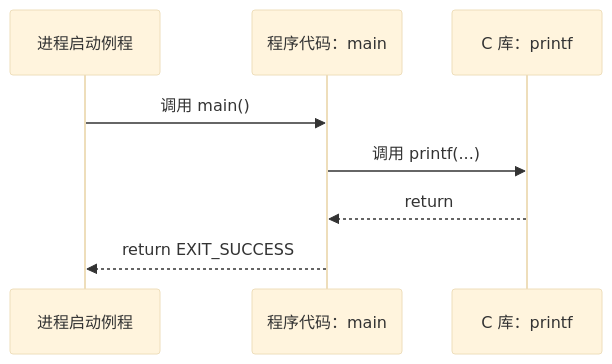
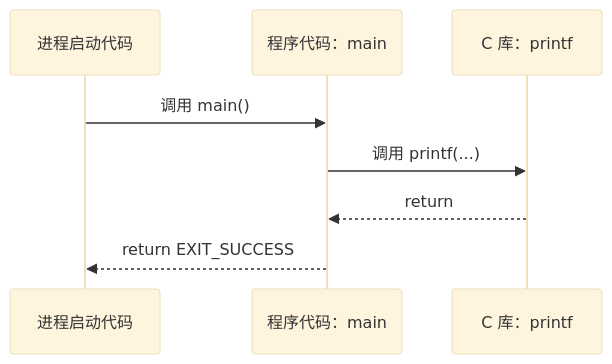
One commit to Mdr-C-Tutorial/C changed the diagram in docs/教程/ModernC/02_程序的基本结构.md. Above: the diagram before and after it, drawn with Mermaid (base theme). The commit also changed other lines of this file and 19 other files, not shown here.

````diff
--- a/docs/教程/ModernC/02_程序的基本结构.md
+++ b/docs/教程/ModernC/02_程序的基本结构.md
@@ -300,10 +300,10 @@
 ```mermaid
 sequenceDiagram
-    participant S as 进程启动例程
+    participant S as 进程启动代码
     participant M as 程序代码：main
     participant P as C 库：printf
     S->>M: 调用 main()
     M->>P: 调用 printf(...)
     P-->>M: return
     M-->>S: return EXIT_SUCCESS
 ```
````
